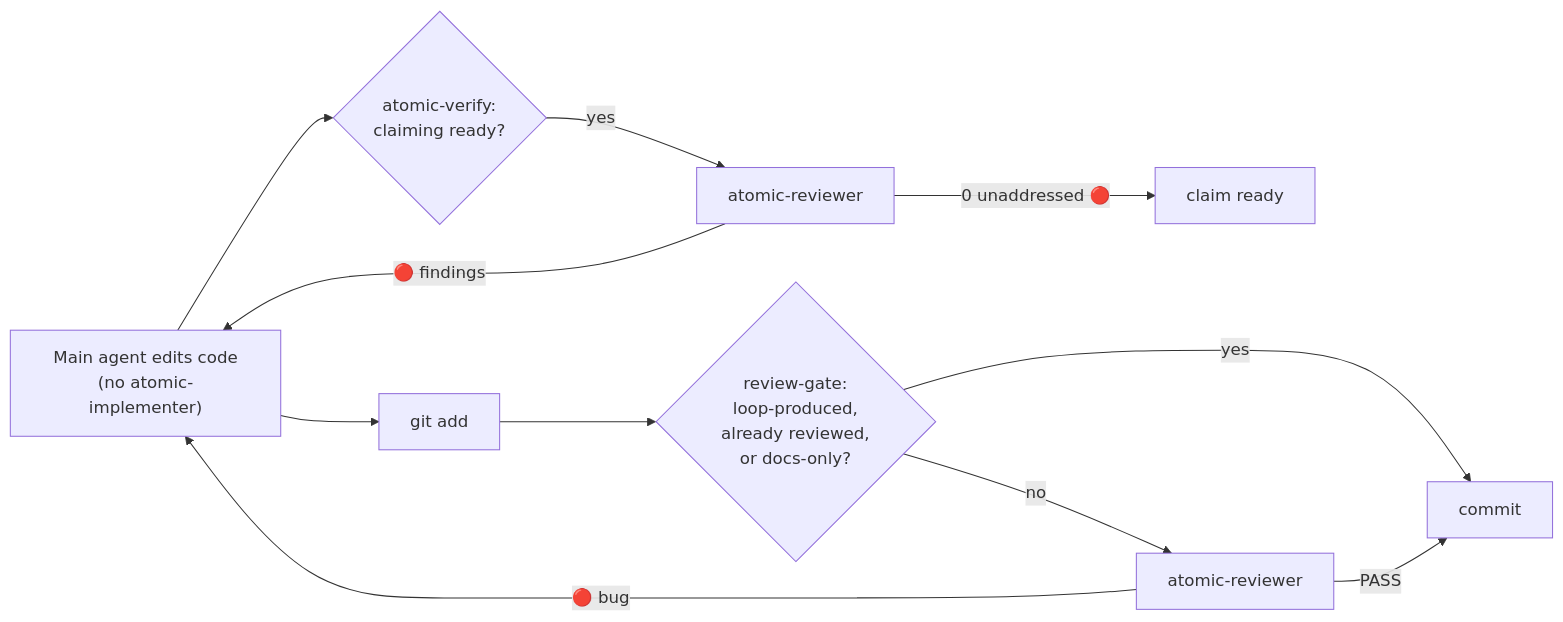
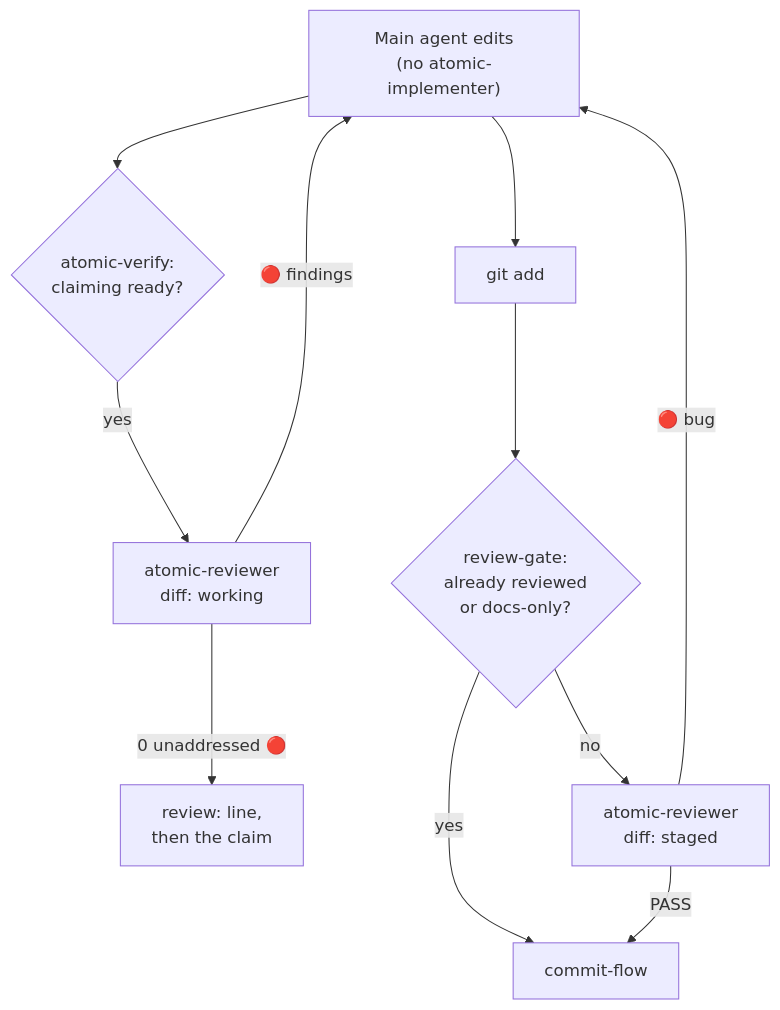
One commit to damusix/atomic-claude changed the fourth of 13 diagrams in docs/wiki/workflow.md. Above: the diagram before and after it, drawn with Mermaid. The commit also changed other lines of this file and 19 other files, not shown here.

````diff
--- a/docs/wiki/workflow.md
+++ b/docs/wiki/workflow.md
@@ -133,13 +143,14 @@
 ```mermaid
-flowchart LR
-    E["Main agent edits code<br/>(no atomic-implementer)"] --> V{"atomic-verify:<br/>claiming ready?"}
-    V -->|yes| R1["atomic-reviewer"]
-    R1 -->|0 unaddressed 🔴| Ready["claim ready"]
+flowchart TD
+    %% source: context/CLAUDE.md, context/skills/atomic-verify/SKILL.md, context/_partials/review-gate.md
+    E["Main agent edits<br/>(no atomic-implementer)"] --> V{"atomic-verify:<br/>claiming ready?"}
+    V -->|yes| R1["atomic-reviewer<br/>diff: working"]
+    R1 -->|0 unaddressed 🔴| Ready["review: line,<br/>then the claim"]
     R1 -->|🔴 findings| E
     E --> S["git add"]
-    S --> G{"review-gate:<br/>loop-produced,<br/>already reviewed,<br/>or docs-only?"}
-    G -->|no| R2["atomic-reviewer"]
-    G -->|yes| Commit["commit"]
+    S --> G{"review-gate:<br/>already reviewed<br/>or docs-only?"}
+    G -->|no| R2["atomic-reviewer<br/>diff: staged"]
+    G -->|yes| Commit["commit-flow"]
     R2 -->|PASS| Commit
     R2 -->|🔴 bug| E
 ```
````
